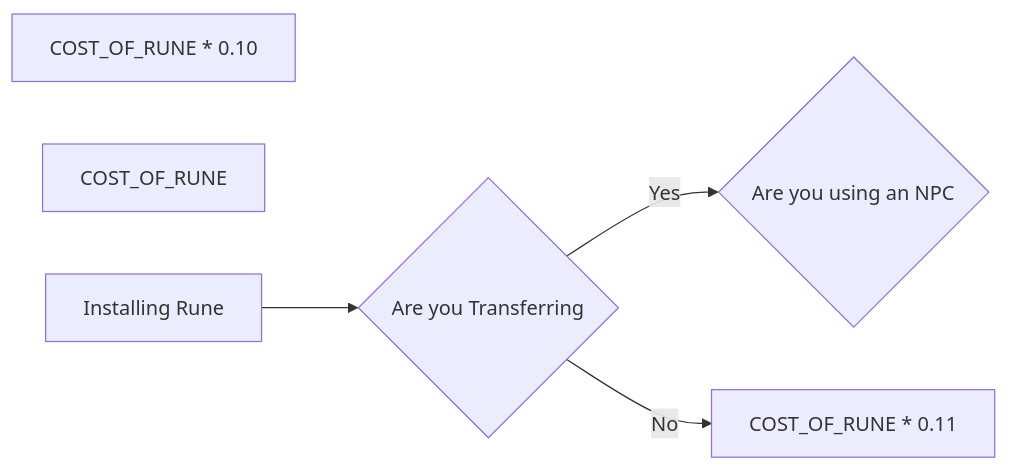
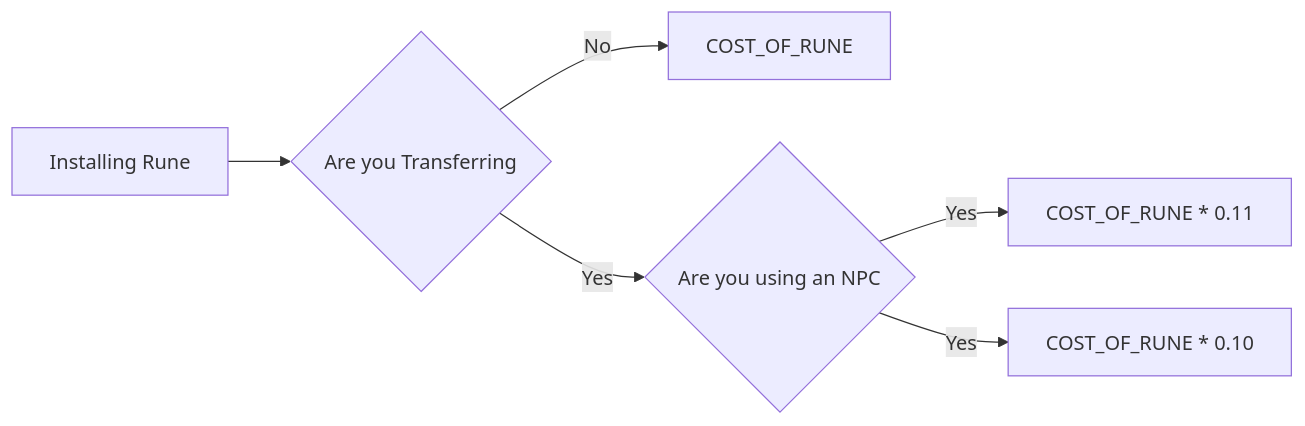
Before and after one commit to speck0413/notes: the diagram in PF2E/Strength of Thousands/Flow Charts/Rune Guide.md, drawn with Mermaid.

Commit message:
July 7, 2022 5:29 PM

````diff
--- a/PF2E/Strength of Thousands/Flow Charts/Rune Guide.md
+++ b/PF2E/Strength of Thousands/Flow Charts/Rune Guide.md
@@ -1,23 +1,25 @@
 ```mermaid
 
 flowchart LR
 
 %%NPC[Transferring Rune via NPC]
 NPC_COST[COST_OF_RUNE * 0.11]
 
 %%PC[Transferring Rune Via PC]
 PC_COST[COST_OF_RUNE * 0.10]
 
 %%UNE[Purchasing and Installing Rune]
 RUNE_COST[COST_OF_RUNE]
 
 State1[Installing Rune] --> Transfer{Are you Transferring}
 
 Transfer-->|Yes|UsingNPC{Are you using an NPC}
-Transfer-->|No|NPC_COST
+UsingNPC-->|Yes|NPC_COST
+UsingNPC-->|Yes|PC_COST
+Transfer-->|No|RUNE_COST
 
 %%NPC-->NPC_COST
 %%PC-->PC_COST
 %%RUNE-->RUNE_COST
 
 ```
````
